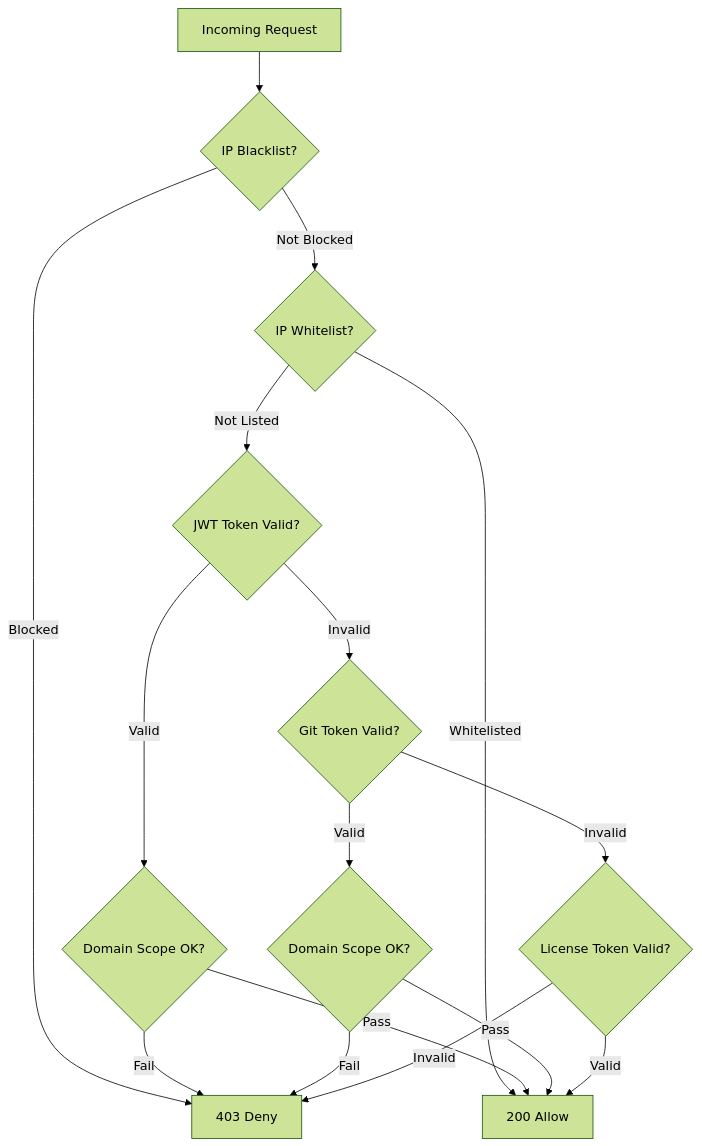
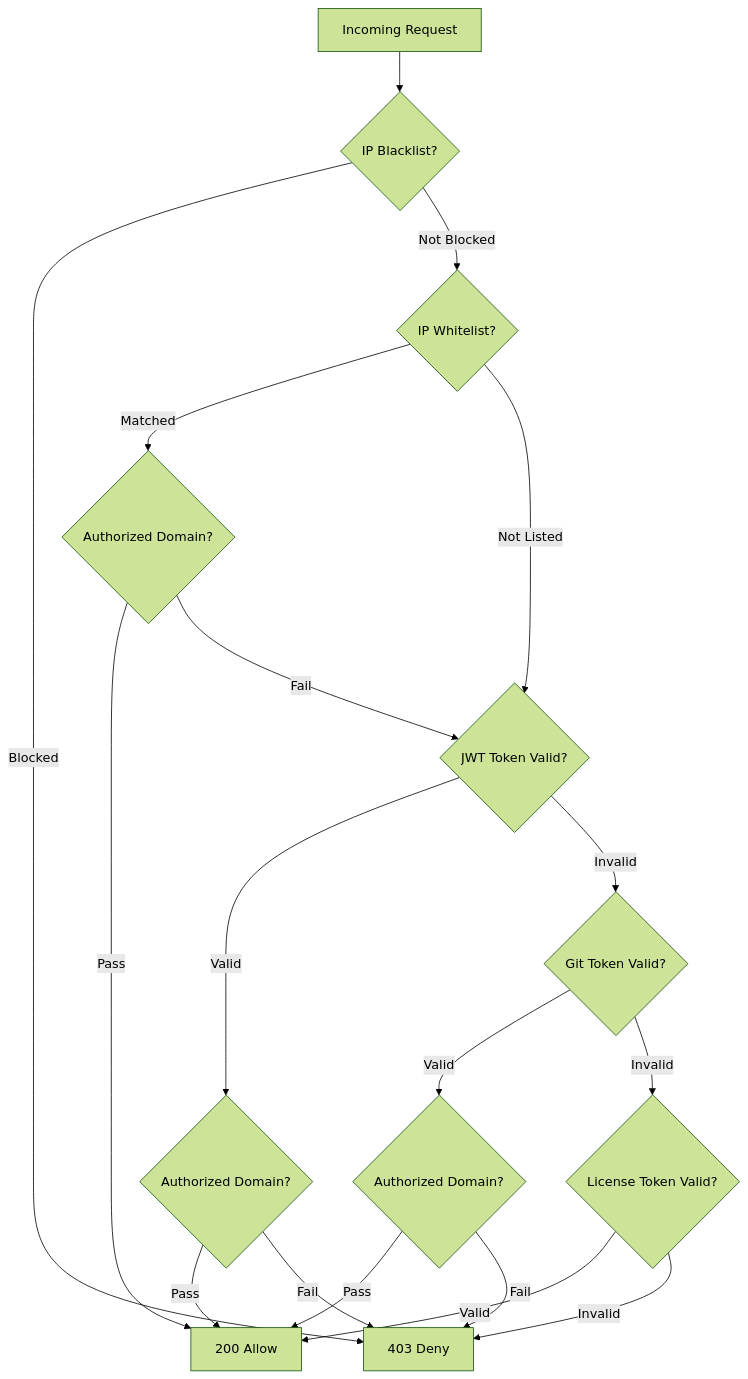
One commit to Flmelody/open-website-defender changed the second of 2 diagrams in docs/architecture/index.en.md. Above: the diagram before and after it, drawn with Mermaid (forest theme). The commit also changed other lines of this file and 53 other files, not shown here.

````diff
--- a/docs/architecture/index.en.md
+++ b/docs/architecture/index.en.md
@@ -49,18 +49,20 @@
 ```mermaid
 graph TD
     Request[Incoming Request] --> BlacklistCheck{IP Blacklist?}
     BlacklistCheck -->|Blocked| Deny[403 Deny]
     BlacklistCheck -->|Not Blocked| WhitelistCheck{IP Whitelist?}
-    WhitelistCheck -->|Whitelisted| Allow[200 Allow]
+    WhitelistCheck -->|Matched| WLDomainCheck{Authorized Domain?}
+    WLDomainCheck -->|Pass| Allow[200 Allow]
+    WLDomainCheck -->|Fail| JWTCheck
     WhitelistCheck -->|Not Listed| JWTCheck{JWT Token Valid?}
-    JWTCheck -->|Valid| ScopeCheck1{Domain Scope OK?}
-    ScopeCheck1 -->|Pass| Allow
-    ScopeCheck1 -->|Fail| Deny
+    JWTCheck -->|Valid| DomainCheck1{Authorized Domain?}
+    DomainCheck1 -->|Pass| Allow
+    DomainCheck1 -->|Fail| Deny
     JWTCheck -->|Invalid| GitTokenCheck{Git Token Valid?}
-    GitTokenCheck -->|Valid| ScopeCheck2{Domain Scope OK?}
-    ScopeCheck2 -->|Pass| Allow
-    ScopeCheck2 -->|Fail| Deny
+    GitTokenCheck -->|Valid| DomainCheck2{Authorized Domain?}
+    DomainCheck2 -->|Pass| Allow
+    DomainCheck2 -->|Fail| Deny
     GitTokenCheck -->|Invalid| LicenseCheck{License Token Valid?}
     LicenseCheck -->|Valid| Allow
     LicenseCheck -->|Invalid| Deny
 ```
````
